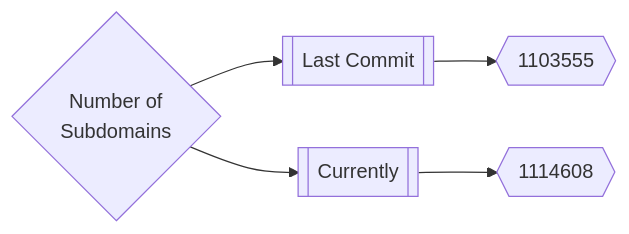
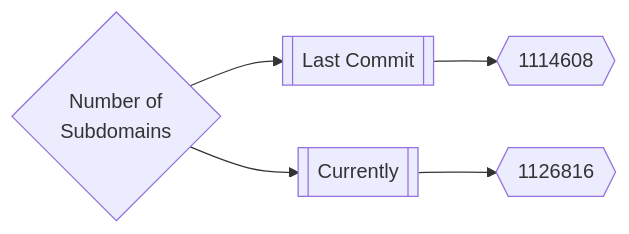
The first of 3 diagrams in README.md (trickest/inventory), drawn with Mermaid before and after one commit. The commit also changed other lines of this file and 120 other files, not shown here.

````diff
--- a/README.md
+++ b/README.md
@@ -165,5 +165,5 @@
 ```mermaid
 graph LR
-title{Number of<br>Subdomains} --> subdomainsDate1[[Last Commit]] --> subdomainsNum1{{1103555}}
-title --> subdomainsDate2[[Currently]] --> subdomainsNum2{{1114608}}
+title{Number of<br>Subdomains} --> subdomainsDate1[[Last Commit]] --> subdomainsNum1{{1114608}}
+title --> subdomainsDate2[[Currently]] --> subdomainsNum2{{1126816}}
 ```
````
